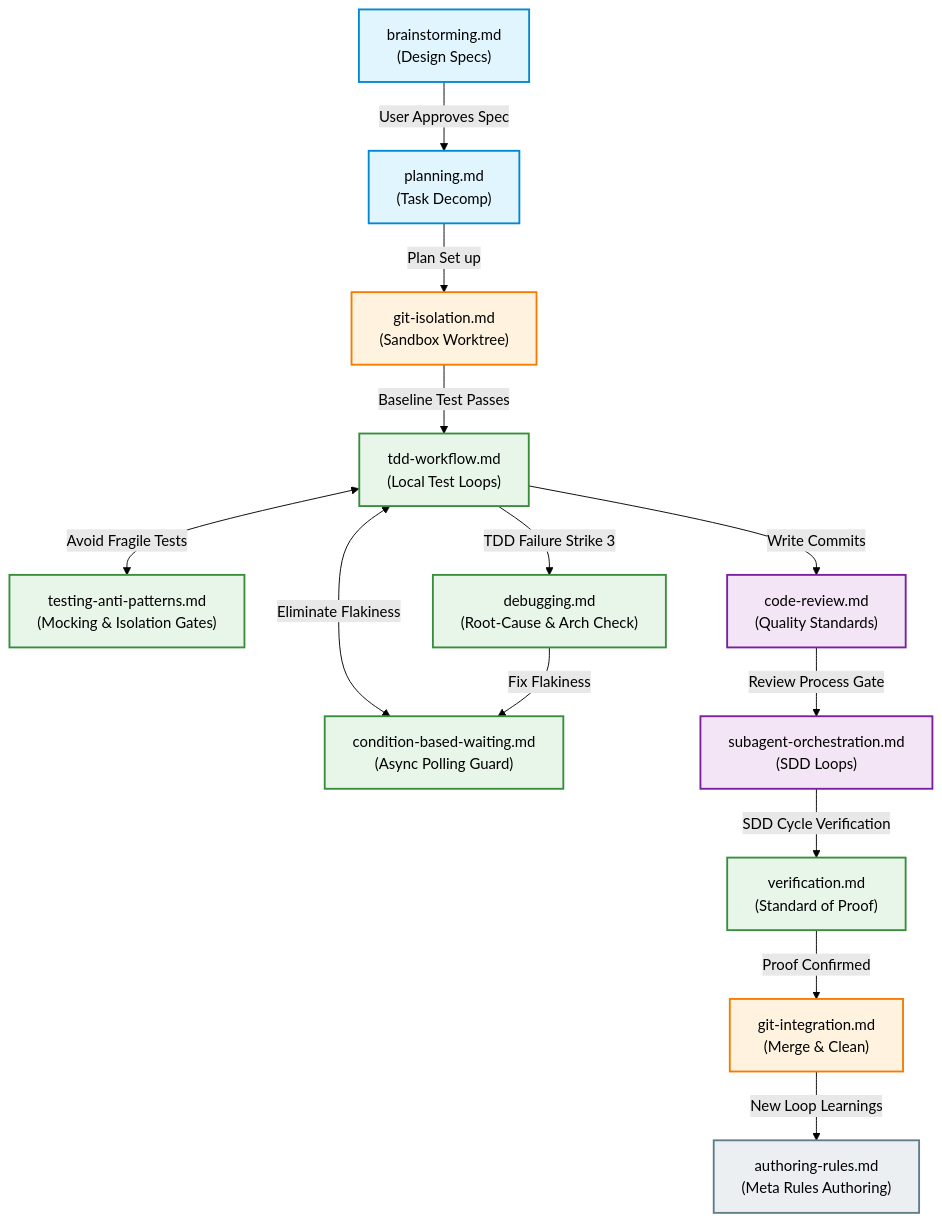
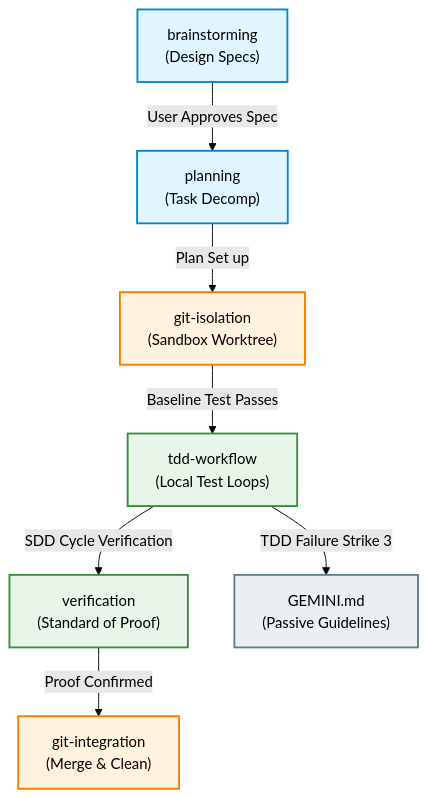
The diagram in README.md (xzy1023/ai-workspace-nexus), drawn with Mermaid (forest theme) before and after one commit. The commit also changed other lines of this file and 15 other files, not shown here.

````diff
--- a/README.md
+++ b/README.md
@@ -51,34 +30,22 @@
 ```mermaid
 graph TD
     classDef spec fill:#e1f5fe,stroke:#0288d1,stroke-width:2px;
     classDef logic fill:#e8f5e9,stroke:#388e3c,stroke-width:2px;
     classDef git fill:#fff3e0,stroke:#f57c00,stroke-width:2px;
-    classDef orchestrate fill:#f3e5f5,stroke:#7b1fa2,stroke-width:2px;
     classDef meta fill:#eceff1,stroke:#607d8b,stroke-width:2px;
 
-    B["brainstorming.md<br>(Design Specs)"]:::spec
-    P["planning.md<br>(Task Decomp)"]:::spec
-    I["git-isolation.md<br>(Sandbox Worktree)"]:::git
-    T["tdd-workflow.md<br>(Local Test Loops)"]:::logic
-    TA["testing-anti-patterns.md<br>(Mocking & Isolation Gates)"]:::logic
-    CW["condition-based-waiting.md<br>(Async Polling Guard)"]:::logic
-    D["debugging.md<br>(Root-Cause & Arch Check)"]:::logic
-    CR["code-review.md<br>(Quality Standards)"]:::orchestrate
-    SO["subagent-orchestration.md<br>(SDD Loops)"]:::orchestrate
-    V["verification.md<br>(Standard of Proof)"]:::logic
-    G["git-integration.md<br>(Merge & Clean)"]:::git
-    AR["authoring-rules.md<br>(Meta Rules Authoring)"]:::meta
+    B["brainstorming<br>(Design Specs)"]:::spec
+    P["planning<br>(Task Decomp)"]:::spec
+    I["git-isolation<br>(Sandbox Worktree)"]:::git
+    T["tdd-workflow<br>(Local Test Loops)"]:::logic
+    V["verification<br>(Standard of Proof)"]:::logic
+    G["git-integration<br>(Merge & Clean)"]:::git
+    GEMINI["GEMINI.md<br>(Passive Guidelines)"]:::meta
 
     B -->|User Approves Spec| P
     P -->|Plan Set up| I
     I -->|Baseline Test Passes| T
-    T <-->|Avoid Fragile Tests| TA
-    T <-->|Eliminate Flakiness| CW
-    T -->|TDD Failure Strike 3| D
-    D -->|Fix Flakiness| CW
-    T -->|Write Commits| CR
-    CR -->|Review Process Gate| SO
-    SO -->|SDD Cycle Verification| V
+    T -->|TDD Failure Strike 3| GEMINI
+    T -->|SDD Cycle Verification| V
     V -->|Proof Confirmed| G
-    G -->|New Loop Learnings| AR
 ```
````
